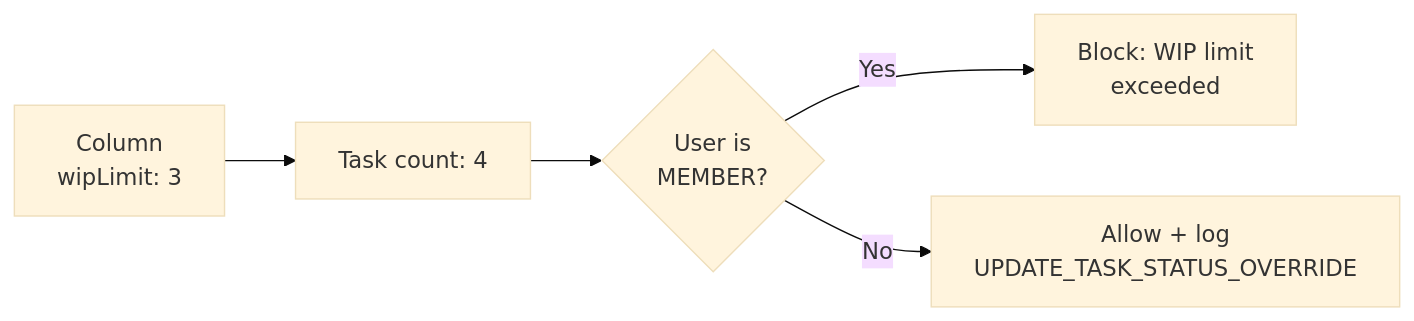
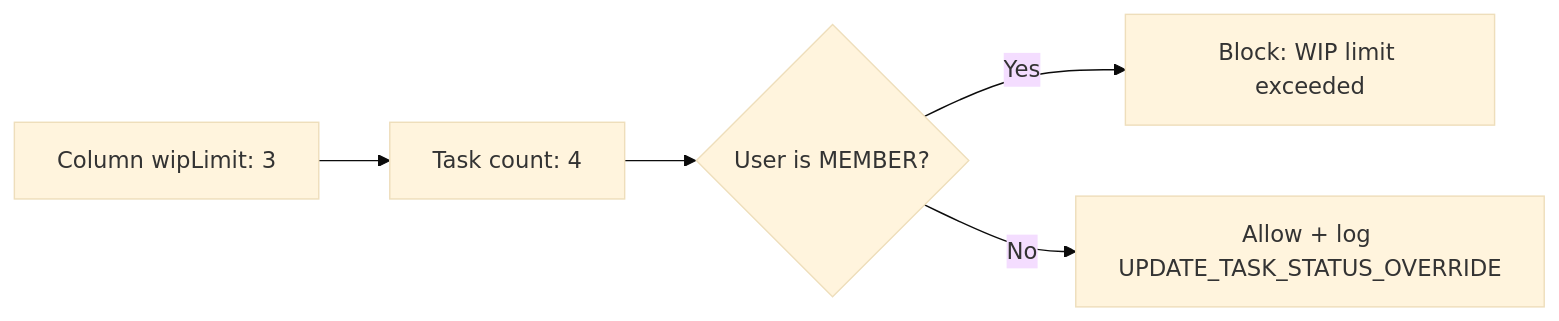
The fourth of 7 diagrams in docs/04-board-management.md (asefahmed500/Smart-Task-App_IIT_DU_Final_Project), drawn with Mermaid (base theme) before and after one commit. The commit also changed other lines of this file and 8 other files, not shown here.

Commit message:
fix: remove br tags from mermaid diagrams for GitHub rendering

````diff
--- a/docs/04-board-management.md
+++ b/docs/04-board-management.md
@@ -111,7 +111,7 @@
 ```mermaid
 flowchart LR
-    COL["Column<br/>wipLimit: 3"] --> COUNT["Task count: 4"]
-    COUNT --> MEMBER{"User is<br/>MEMBER?"}
-    MEMBER -->|Yes| BLOCK["Block: WIP limit<br/>exceeded"]
-    MEMBER -->|No| OVERRIDE["Allow + log<br/>UPDATE_TASK_STATUS_OVERRIDE"]
+    COL["Column wipLimit: 3"] --> COUNT["Task count: 4"]
+    COUNT --> MEMBER{"User is MEMBER?"}
+    MEMBER -->|Yes| BLOCK["Block: WIP limit exceeded"]
+    MEMBER -->|No| OVERRIDE["Allow + log UPDATE_TASK_STATUS_OVERRIDE"]
 ```
````
